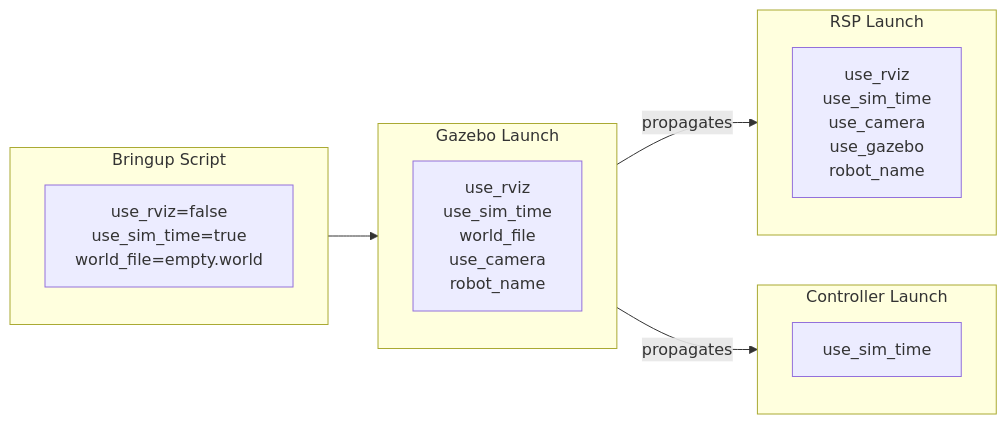
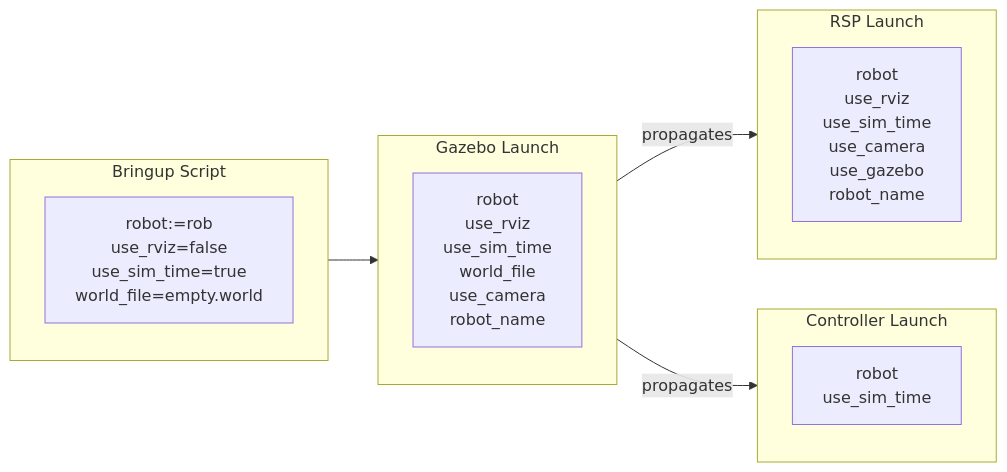
The second of 2 diagrams in docs/architecture/launch-flow.md (AlexDevCol/MECH490-Capstone), drawn with Mermaid before and after one commit. The commit also changed other lines of this file and 203 other files, not shown here.

````diff
--- a/docs/architecture/launch-flow.md
+++ b/docs/architecture/launch-flow.md
@@ -240,22 +282,22 @@
 ```mermaid
 flowchart LR
     subgraph bringup [Bringup Script]
-        args1[use_rviz=false<br>use_sim_time=true<br>world_file=empty.world]
+        args1[robot:=rob<br>use_rviz=false<br>use_sim_time=true<br>world_file=empty.world]
     end
     
     subgraph gazebo [Gazebo Launch]
-        args2[use_rviz<br>use_sim_time<br>world_file<br>use_camera<br>robot_name]
+        args2[robot<br>use_rviz<br>use_sim_time<br>world_file<br>use_camera<br>robot_name]
     end
     
     subgraph rsp [RSP Launch]
-        args3[use_rviz<br>use_sim_time<br>use_camera<br>use_gazebo<br>robot_name]
+        args3[robot<br>use_rviz<br>use_sim_time<br>use_camera<br>use_gazebo<br>robot_name]
     end
     
     subgraph controllers [Controller Launch]
-        args4[use_sim_time]
+        args4[robot<br>use_sim_time]
     end
     
     bringup --> gazebo
     gazebo -->|propagates| rsp
     gazebo -->|propagates| controllers
 ```
````
